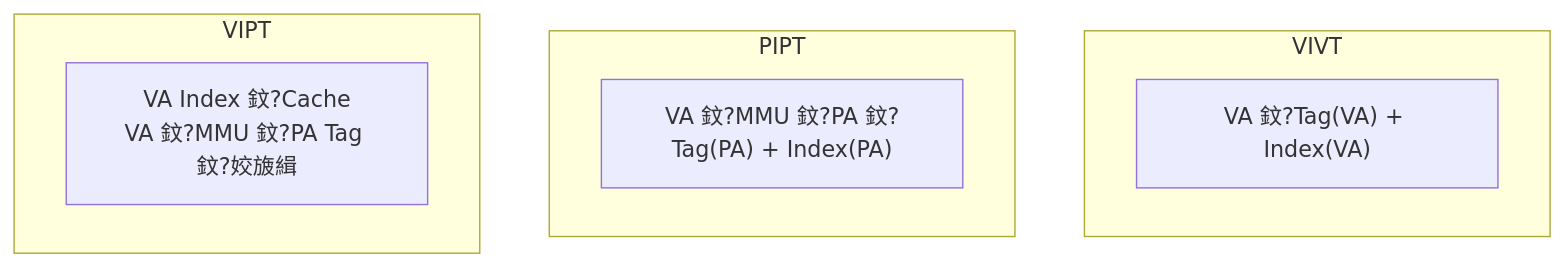
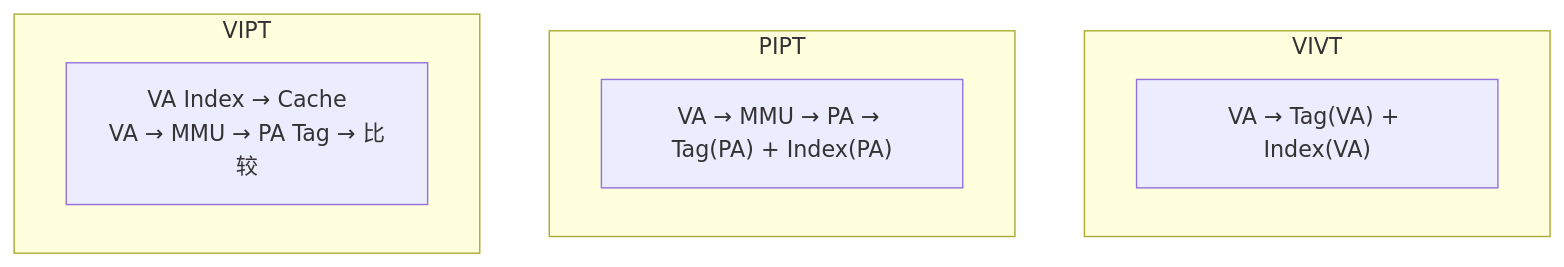
The seventh of 8 diagrams in 09-Notes/07-Cache组织与策略.md (muyuzhang29-oss/obsidian-knowledge-base), drawn with Mermaid before and after one commit. The commit also changed other lines of this file and 144 other files, not shown here.

````diff
--- a/09-Notes/07-Cache组织与策略.md
+++ b/09-Notes/07-Cache组织与策略.md
@@ -121,12 +121,12 @@
 ```mermaid
 flowchart TB
     subgraph VIVT_C[VIVT]
-        V1["VA 鈫?Tag(VA) + Index(VA)"]
+        V1["VA → Tag(VA) + Index(VA)"]
     end
     subgraph PIPT_C[PIPT]
-        P1["VA 鈫?MMU 鈫?PA 鈫?Tag(PA) + Index(PA)"]
+        P1["VA → MMU → PA → Tag(PA) + Index(PA)"]
     end
     subgraph VIPT_C[VIPT]
-        I1["VA Index 鈫?Cache<br/>VA 鈫?MMU 鈫?PA Tag 鈫?姣旇緝"]
+        I1["VA Index → Cache<br/>VA → MMU → PA Tag → 比较"]
     end
 ```
````
